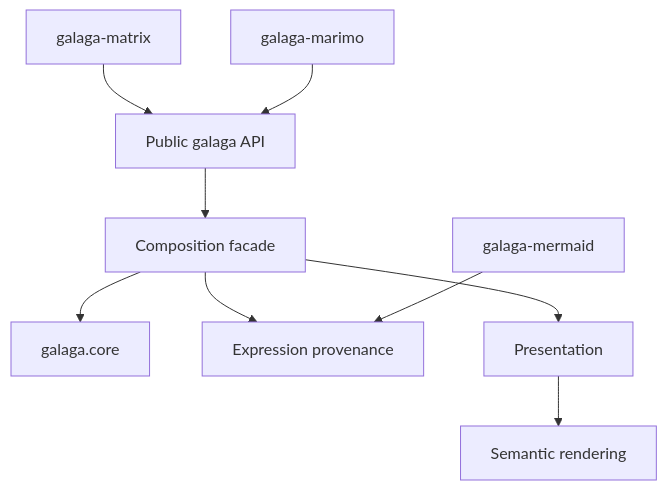
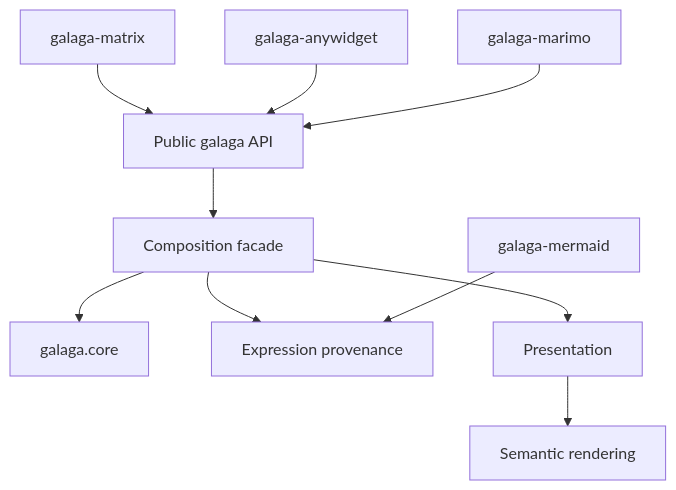
Before and after one commit to edouardp/galaga: the diagram in docs/DESIGN_DECISIONS.md, drawn with Mermaid. The commit also changed 18 other files, not shown here.

````diff
--- a/docs/DESIGN_DECISIONS.md
+++ b/docs/DESIGN_DECISIONS.md
@@ -74,11 +74,12 @@
 ```mermaid
 flowchart TD
     U[Public galaga API] --> F[Composition facade]
     F --> C[galaga.core]
     F --> E[Expression provenance]
     F --> P[Presentation]
     P --> R[Semantic rendering]
     M[galaga-matrix] --> U
+    W[galaga-anywidget] --> U
     J[galaga-marimo] --> U
     D[galaga-mermaid] --> E
 ```
````
